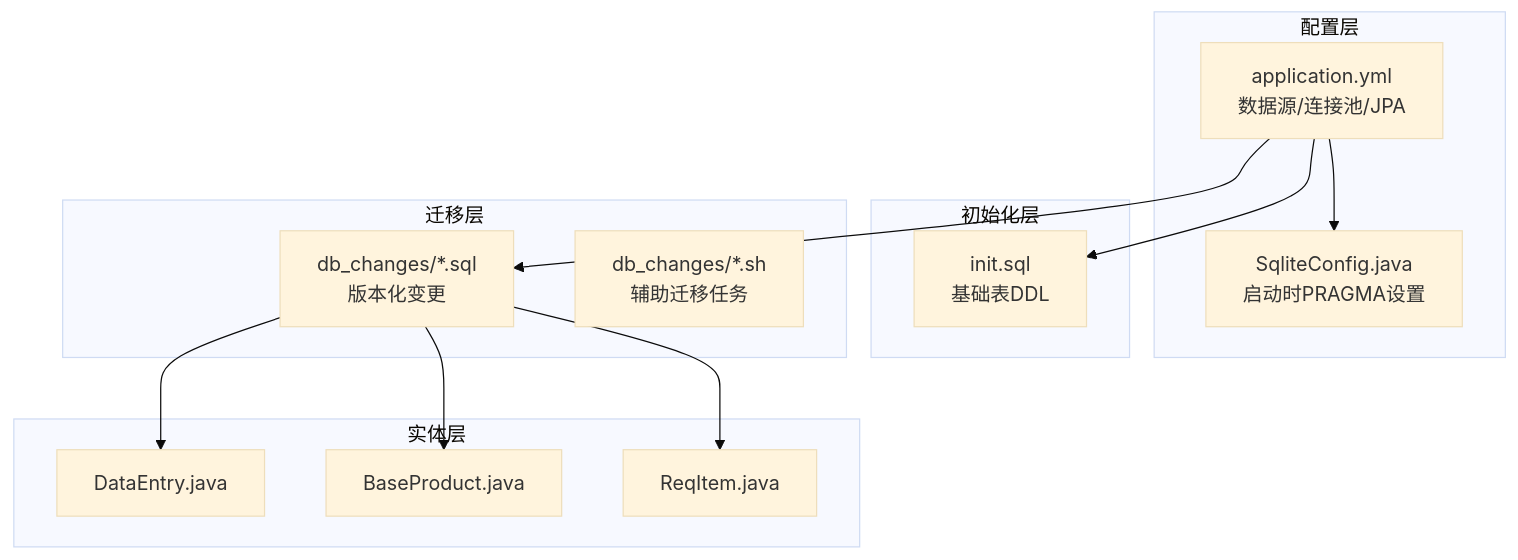
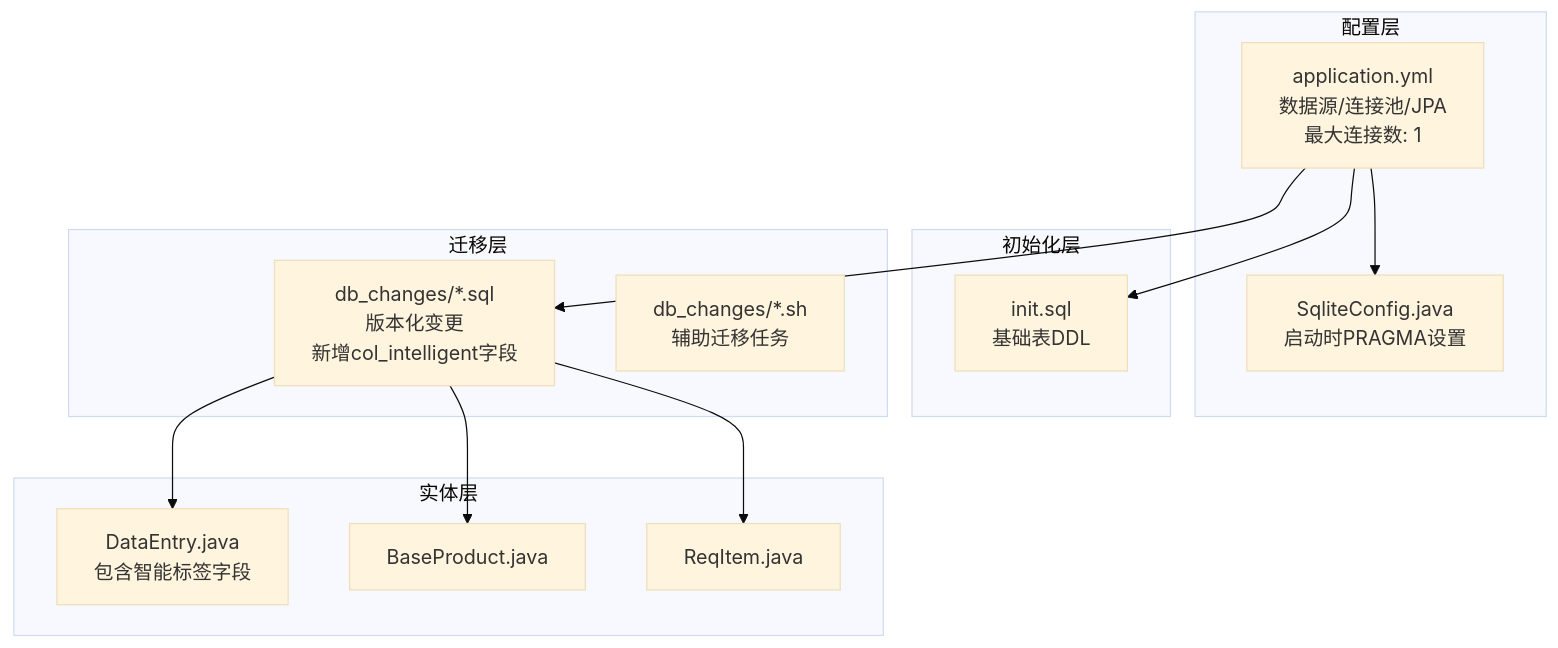
Before and after one commit to kinke0/ProductList: the first of 8 diagrams in .qoder/repowiki/zh/content/数据库设计/数据模型设计/数据库架构设计.md, drawn with Mermaid (base theme). The commit also changed other lines of this file and 106 other files, not shown here.

Commit message:
V1.1.0: 修复清单导航树不匹配+统计视图加载遮罩+上下移提示

````diff
--- a/.qoder/repowiki/zh/content/数据库设计/数据模型设计/数据库架构设计.md
+++ b/.qoder/repowiki/zh/content/数据库设计/数据模型设计/数据库架构设计.md
@@ -46,25 +56,25 @@
 ```mermaid
 graph TB
 subgraph "配置层"
-A["application.yml<br/>数据源/连接池/JPA"]
+A["application.yml<br/>数据源/连接池/JPA<br/>最大连接数: 1"]
 B["SqliteConfig.java<br/>启动时PRAGMA设置"]
 end
 subgraph "初始化层"
 C["init.sql<br/>基础表DDL"]
 end
 subgraph "迁移层"
-D["db_changes/*.sql<br/>版本化变更"]
+D["db_changes/*.sql<br/>版本化变更<br/>新增col_intelligent字段"]
 E["db_changes/*.sh<br/>辅助迁移任务"]
 end
 subgraph "实体层"
-F["DataEntry.java"]
+F["DataEntry.java<br/>包含智能标签字段"]
 G["BaseProduct.java"]
 H["ReqItem.java"]
 end
 A --> B
 A --> C
 A --> D
 D --> F
 D --> G
 D --> H
 ```
````
